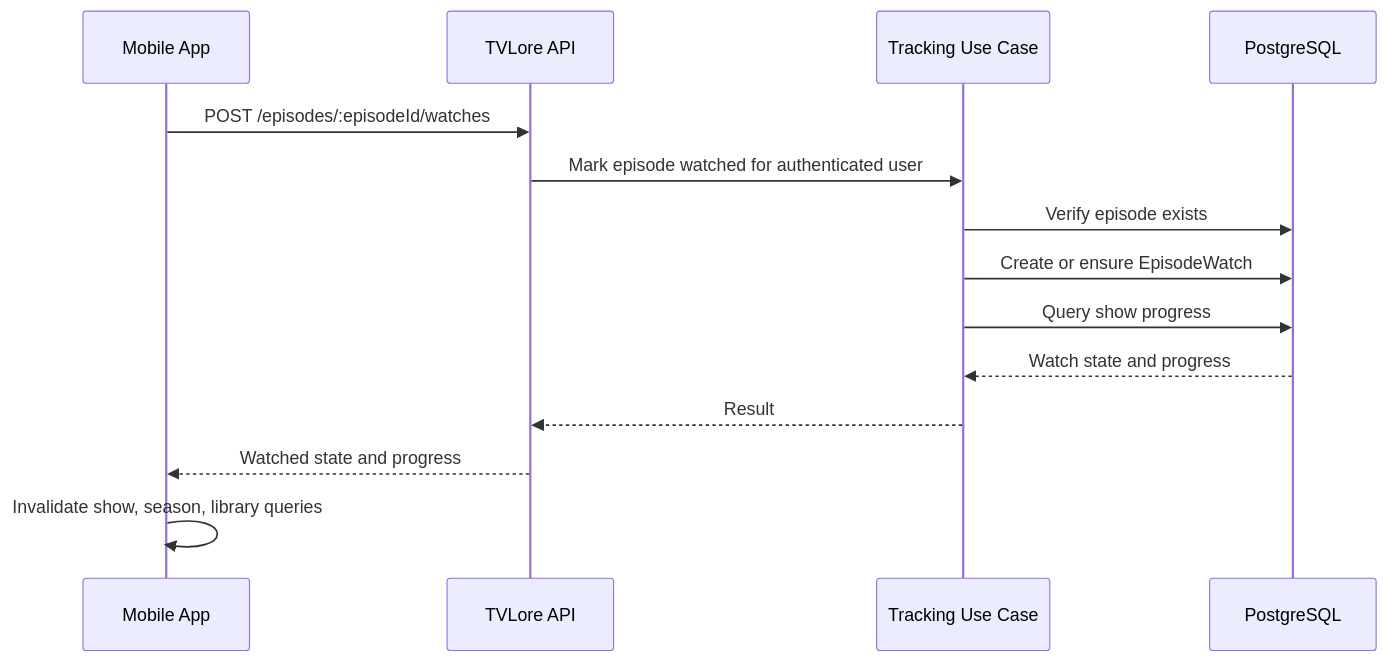
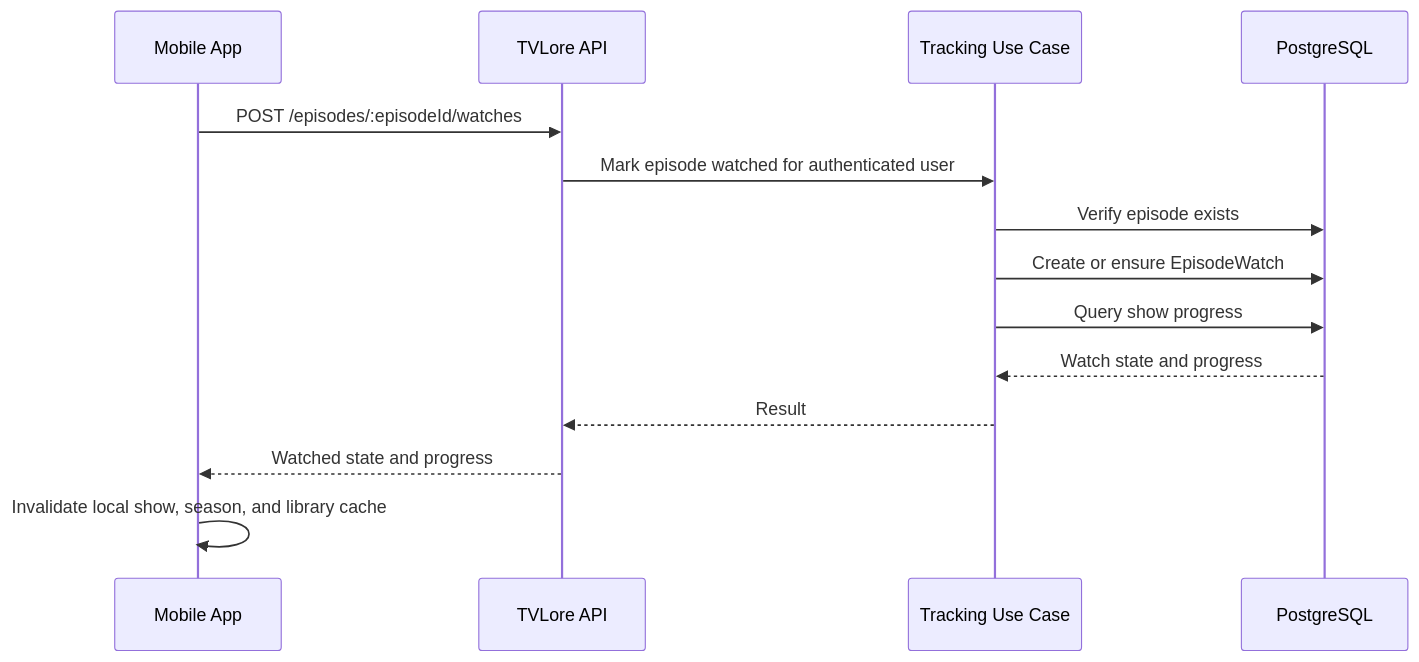
The seventh of 13 diagrams in docs/diagrams.md (luiskabal/tvlore), drawn with Mermaid before and after one commit. The commit also changed other lines of this file, not shown here.

Commit message:
docs: update architecture diagrams

````diff
--- a/docs/diagrams.md
+++ b/docs/diagrams.md
@@ -147,17 +158,17 @@
 ```mermaid
 sequenceDiagram
   participant M as Mobile App
   participant A as TVLore API
   participant T as Tracking Use Case
   participant D as PostgreSQL
 
   M->>A: POST /episodes/:episodeId/watches
   A->>T: Mark episode watched for authenticated user
   T->>D: Verify episode exists
   T->>D: Create or ensure EpisodeWatch
   T->>D: Query show progress
   D-->>T: Watch state and progress
   T-->>A: Result
   A-->>M: Watched state and progress
-  M->>M: Invalidate show, season, library queries
+  M->>M: Invalidate local show, season, and library cache
 ```
````
